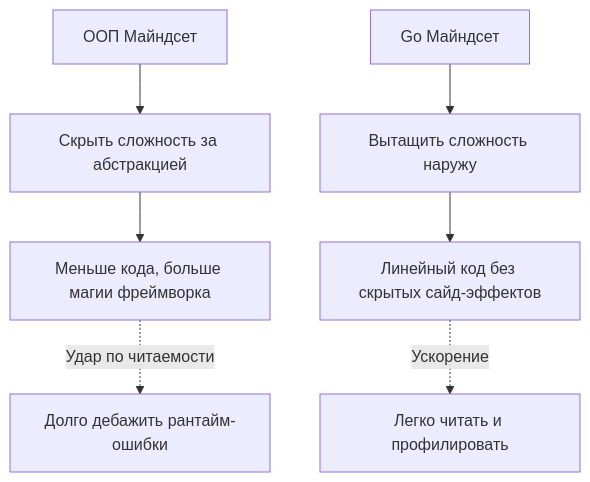
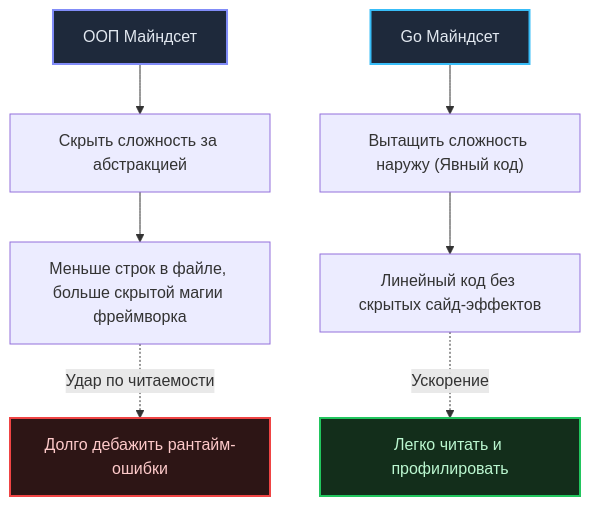
One commit to UnrealTemplier/go-textbook changed the diagram in sources/4. История и философия Go/31. Итоги раздела. Правильный майндсет Go-разработчика.md. Above: the diagram before and after it, drawn with Mermaid. The commit also changed other lines of this file, not shown here.

````diff
--- a/sources/4. История и философия Go/31. Итоги раздела. Правильный майндсет Go-разработчика.md
+++ b/sources/4. История и философия Go/31. Итоги раздела. Правильный майндсет Go-разработчика.md
@@ -19,11 +26,16 @@
 ```mermaid
 flowchart TD
     A["ООП Майндсет"] --> B["Скрыть сложность за абстракцией"]
-    B --> C["Меньше кода, больше магии фреймворка"]
+    B --> C["Меньше строк в файле, больше скрытой магии фреймворка"]
     
-    D["Go Майндсет"] --> E["Вытащить сложность наружу"]
+    D["Go Майндсет"] --> E["Вытащить сложность наружу (Явный код)"]
     E --> F["Линейный код без скрытых сайд-эффектов"]
     
     C -.->|"Удар по читаемости"| G["Долго дебажить рантайм-ошибки"]
     F -.->|"Ускорение"| H["Легко читать и профилировать"]
+    
+    style A fill:#1e293b,stroke:#818cf8,stroke-width:2px,color:#e2e8f0
+    style D fill:#1e293b,stroke:#38bdf8,stroke-width:2px,color:#e2e8f0
+    style G fill:#2d1515,stroke:#ef4444,stroke-width:2px,color:#fecaca
+    style H fill:#132e1b,stroke:#22c55e,stroke-width:2px,color:#bbf7d0
 ```
````
